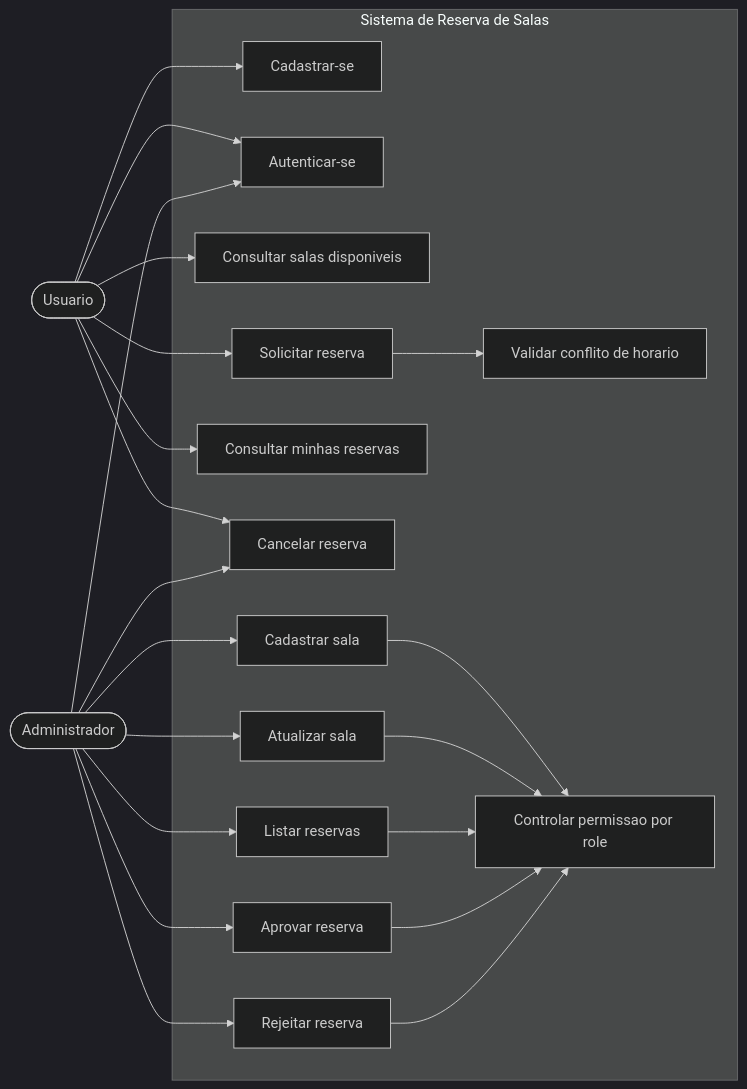
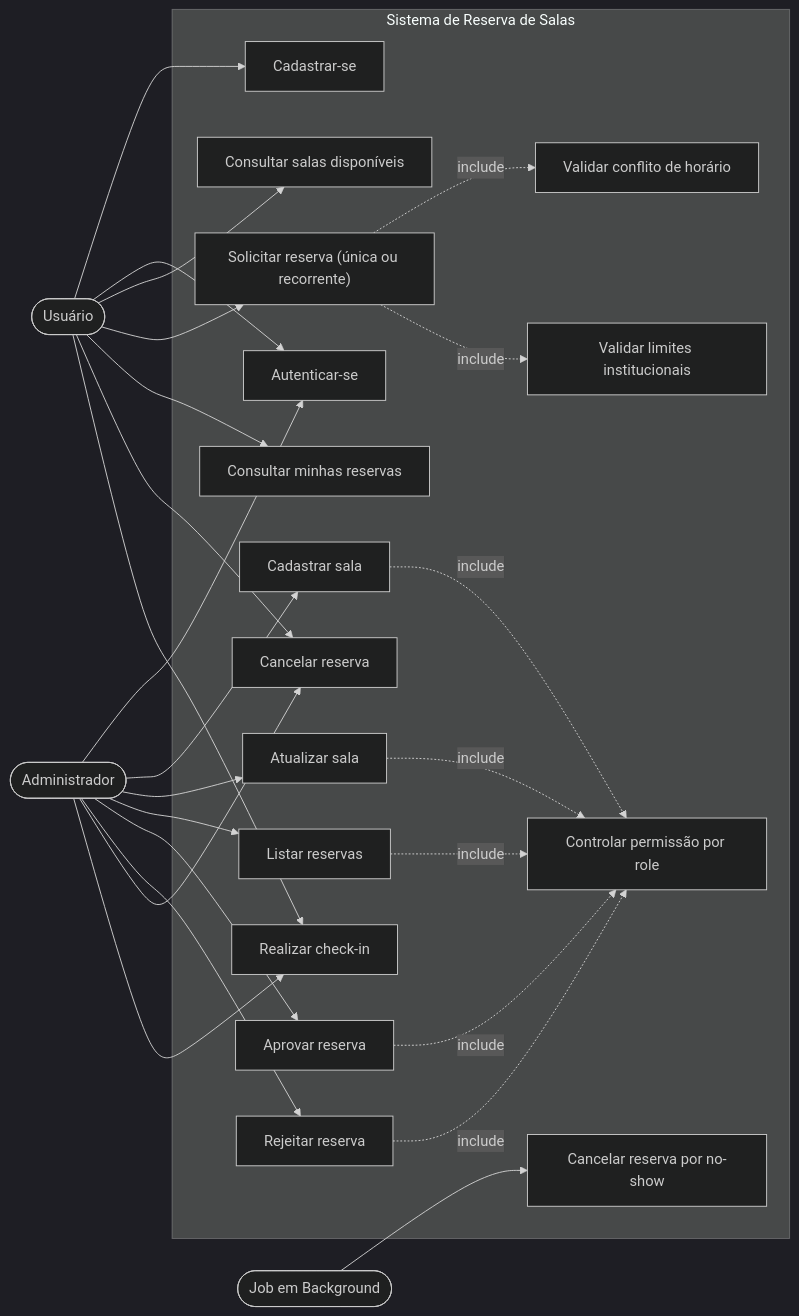
One commit to renan21-tg/room-reservation-system changed the diagram in docs/use-case-diagram.md. Above: the diagram before and after it, drawn with Mermaid (dark theme). The commit also changed other lines of this file, not shown here.

Commit message:
docs: Atualizando use case diagram

````diff
--- a/docs/use-case-diagram.md
+++ b/docs/use-case-diagram.md
@@ -3,43 +3,52 @@
 ```mermaid
 flowchart LR
-    Usuario([Usuario])
+    Usuario([Usuário])
     Admin([Administrador])
+    JobBackground([Job em Background])
 
     subgraph Sistema["Sistema de Reserva de Salas"]
         UC1["Cadastrar-se"]
         UC2["Autenticar-se"]
-        UC3["Consultar salas disponiveis"]
-        UC4["Solicitar reserva"]
+        UC3["Consultar salas disponíveis"]
+        UC4["Solicitar reserva (única ou recorrente)"]
         UC5["Consultar minhas reservas"]
         UC6["Cancelar reserva"]
         UC7["Cadastrar sala"]
         UC8["Atualizar sala"]
         UC9["Listar reservas"]
         UC10["Aprovar reserva"]
         UC11["Rejeitar reserva"]
-        UC12["Validar conflito de horario"]
-        UC13["Controlar permissao por role"]
+        UC12["Validar conflito de horário"]
+        UC13["Controlar permissão por role"]
+        UC14["Realizar check-in"]
+        UC15["Cancelar reserva por no-show"]
+        UC16["Validar limites institucionais"]
     end
 
     Usuario --> UC1
     Usuario --> UC2
     Usuario --> UC3
     Usuario --> UC4
     Usuario --> UC5
     Usuario --> UC6
+    Usuario --> UC14
 
     Admin --> UC2
     Admin --> UC7
     Admin --> UC8
     Admin --> UC9
     Admin --> UC10
     Admin --> UC11
     Admin --> UC6
+    Admin --> UC14
 
-    UC4 --> UC12
-    UC7 --> UC13
-    UC8 --> UC13
-    UC9 --> UC13
-    UC10 --> UC13
-    UC11 --> UC13
+    JobBackground --> UC15
+
+    UC4 -.->|include| UC12
+    UC4 -.->|include| UC16
+    UC7 -.->|include| UC13
+    UC8 -.->|include| UC13
+    UC9 -.->|include| UC13
+    UC10 -.->|include| UC13
+    UC11 -.->|include| UC13
 ```
````
